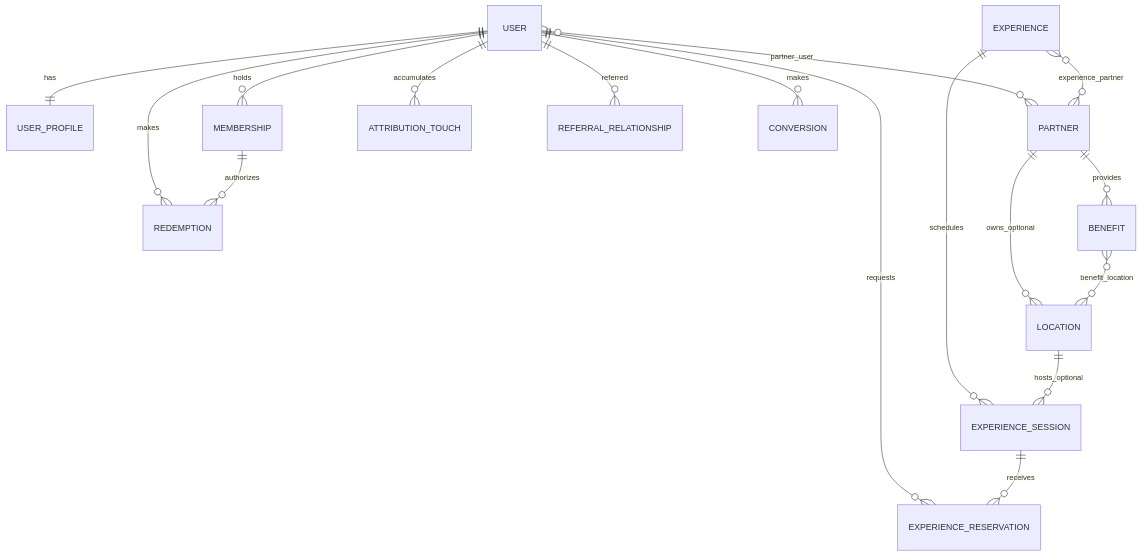
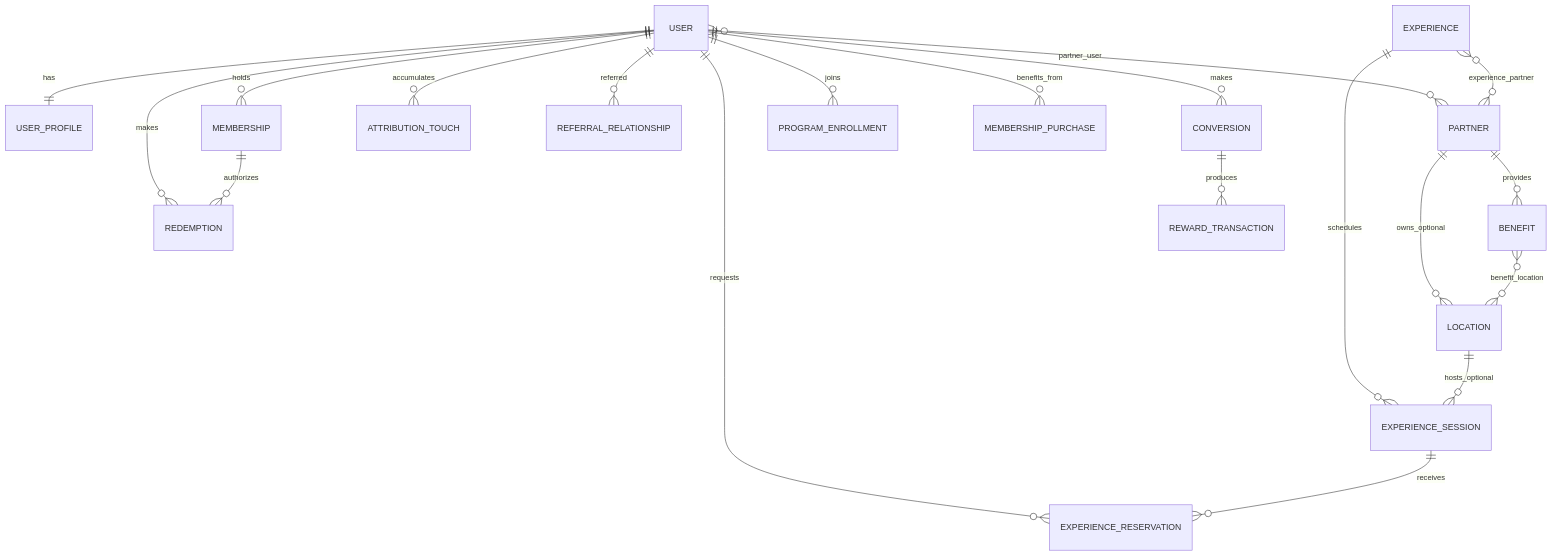
The diagram in docs/DOMAIN.md (soyjavierquiroz/jakawi-100), drawn with Mermaid before and after one commit. The commit also changed other lines of this file and 5 other files, not shown here.

````diff
--- a/docs/DOMAIN.md
+++ b/docs/DOMAIN.md
@@ -5,19 +5,22 @@
 ```mermaid
 erDiagram
   USER ||--|| USER_PROFILE : has
   USER ||--o{ MEMBERSHIP : holds
   USER ||--o{ REDEMPTION : makes
   USER ||--o{ EXPERIENCE_RESERVATION : requests
   USER }o--o{ PARTNER : partner_user
   PARTNER ||--o{ LOCATION : owns_optional
   PARTNER ||--o{ BENEFIT : provides
   BENEFIT }o--o{ LOCATION : benefit_location
   EXPERIENCE }o--o{ PARTNER : experience_partner
   EXPERIENCE ||--o{ EXPERIENCE_SESSION : schedules
   EXPERIENCE_SESSION ||--o{ EXPERIENCE_RESERVATION : receives
   LOCATION ||--o{ EXPERIENCE_SESSION : hosts_optional
   MEMBERSHIP ||--o{ REDEMPTION : authorizes
   USER ||--o{ ATTRIBUTION_TOUCH : accumulates
   USER ||--o{ REFERRAL_RELATIONSHIP : referred
   USER ||--o{ CONVERSION : makes
+  USER ||--o{ PROGRAM_ENROLLMENT : joins
+  USER ||--o{ MEMBERSHIP_PURCHASE : benefits_from
+  CONVERSION ||--o{ REWARD_TRANSACTION : produces
 ```
````
